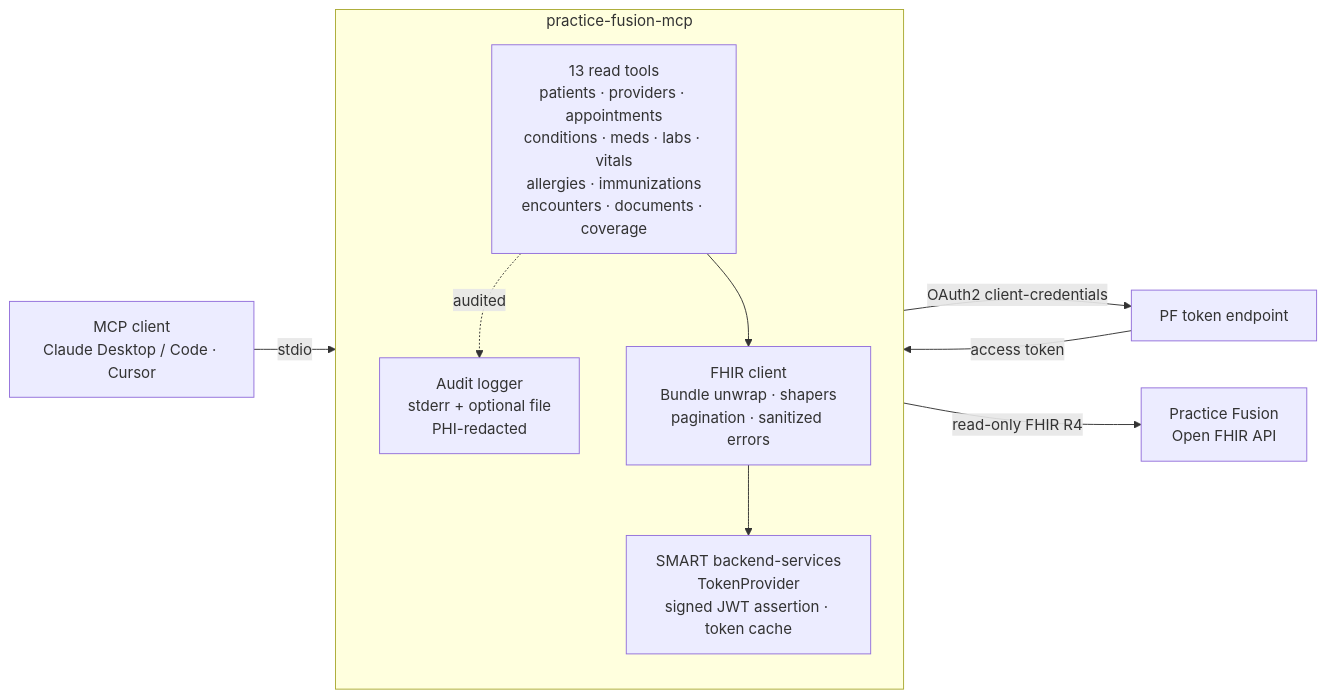
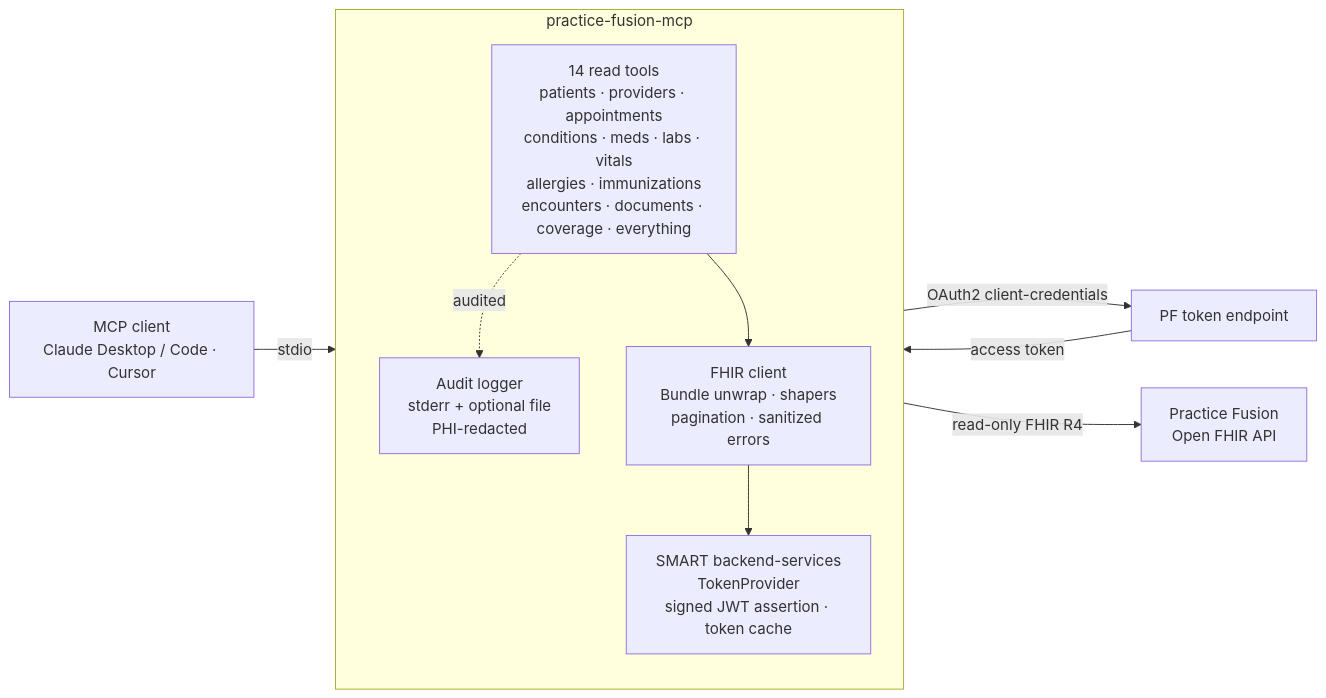
Before and after one commit to CDVolvik/practice-fusion-mcp: the diagram in README.md, drawn with Mermaid. The commit also changed other lines of this file and 18 other files, not shown here.

First line of the commit message:
feat(tools): add practicefusion_get_everything for pre-visit patient summaries (#20)

````diff
--- a/README.md
+++ b/README.md
@@ -33,19 +33,19 @@
 ```mermaid
 flowchart LR
     C["MCP client<br/>Claude Desktop / Code · Cursor"] -- stdio --> S
 
     subgraph S["practice-fusion-mcp"]
       direction TB
-      T["13 read tools<br/>patients · providers · appointments<br/>conditions · meds · labs · vitals<br/>allergies · immunizations<br/>encounters · documents · coverage"]
+      T["14 read tools<br/>patients · providers · appointments<br/>conditions · meds · labs · vitals<br/>allergies · immunizations<br/>encounters · documents · coverage · everything"]
       A["Audit logger<br/>stderr + optional file<br/>PHI-redacted"]
       F["FHIR client<br/>Bundle unwrap · shapers<br/>pagination · sanitized errors"]
       TP["SMART backend-services<br/>TokenProvider<br/>signed JWT assertion · token cache"]
       T -. audited .-> A
       T --> F
       F --> TP
     end
 
     TP -- "OAuth2 client-credentials" --> AUTH["PF token endpoint"]
     F -- "read-only FHIR R4" --> PF["Practice Fusion<br/>Open FHIR API"]
     AUTH -- access token --> F
 ```
````
